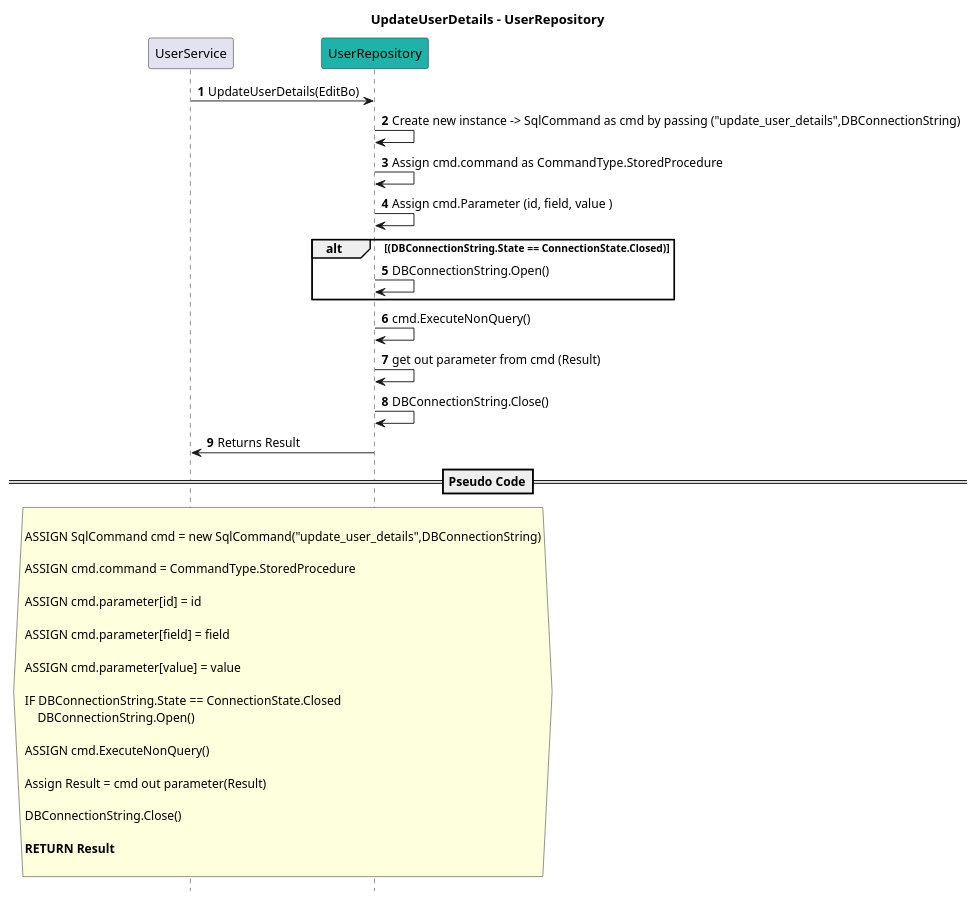
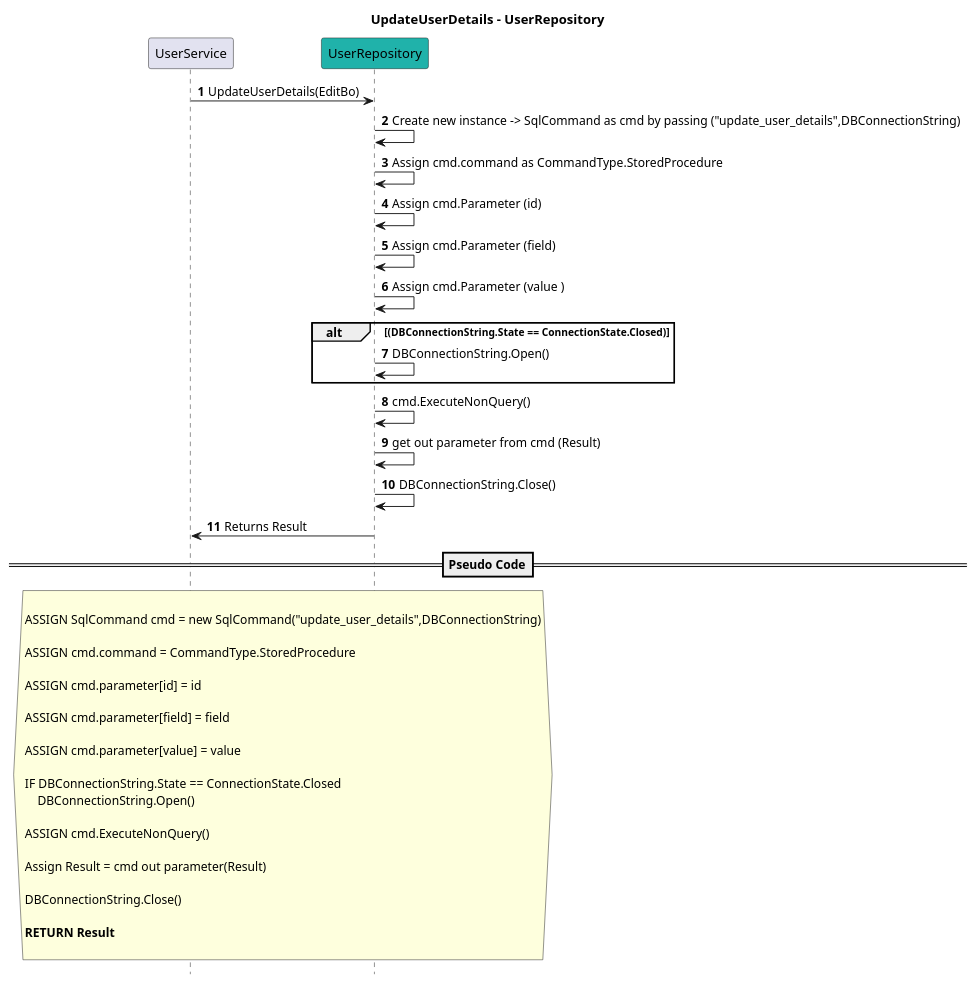
One commit to nainamuhammed/foodie-service changed the diagram in Restaurant_Web_Api/Repository/User/Design/UpdateUserDetails.puml. Above: the diagram before and after it, drawn with PlantUML. The commit also changed 7 other files, not shown here.

```diff
--- a/Restaurant_Web_Api/Repository/User/Design/UpdateUserDetails.puml
+++ b/Restaurant_Web_Api/Repository/User/Design/UpdateUserDetails.puml
@@ -1,58 +1,60 @@
 @startuml
 
 title UpdateUserDetails - UserRepository
 autonumber
 hide footbox
 
 participant UserService
 participant UserRepository #LightSeaGreen
 
 UserService -> UserRepository : UpdateUserDetails(EditBo)
 
     UserRepository -> UserRepository : Create new instance -> SqlCommand as cmd by passing ("update_user_details",DBConnectionString)
 
     UserRepository -> UserRepository : Assign cmd.command as CommandType.StoredProcedure
 
-    UserRepository -> UserRepository : Assign cmd.Parameter (id, field, value )
+    UserRepository -> UserRepository : Assign cmd.Parameter (id)
+    UserRepository -> UserRepository : Assign cmd.Parameter (field)
+    UserRepository -> UserRepository : Assign cmd.Parameter (value )
     
     alt (DBConnectionString.State == ConnectionState.Closed)
         UserRepository -> UserRepository : DBConnectionString.Open()
     end
 
     UserRepository -> UserRepository : cmd.ExecuteNonQuery()
     
     UserRepository -> UserRepository : get out parameter from cmd (Result)
 
     UserRepository -> UserRepository : DBConnectionString.Close()
 
     UserRepository -> UserService : Returns Result
 
 
 ==Pseudo Code==
 
 hnote across
 
         ASSIGN SqlCommand cmd = new SqlCommand("update_user_details",DBConnectionString)
         
         ASSIGN cmd.command = CommandType.StoredProcedure
 
         ASSIGN cmd.parameter[id] = id
 
         ASSIGN cmd.parameter[field] = field
 
         ASSIGN cmd.parameter[value] = value
         
         IF DBConnectionString.State == ConnectionState.Closed
             DBConnectionString.Open()
         
         ASSIGN cmd.ExecuteNonQuery() 
 
         Assign Result = cmd out parameter(Result)
 
         DBConnectionString.Close()
 
         **RETURN Result**
     
 end note
 
 @enduml
```
